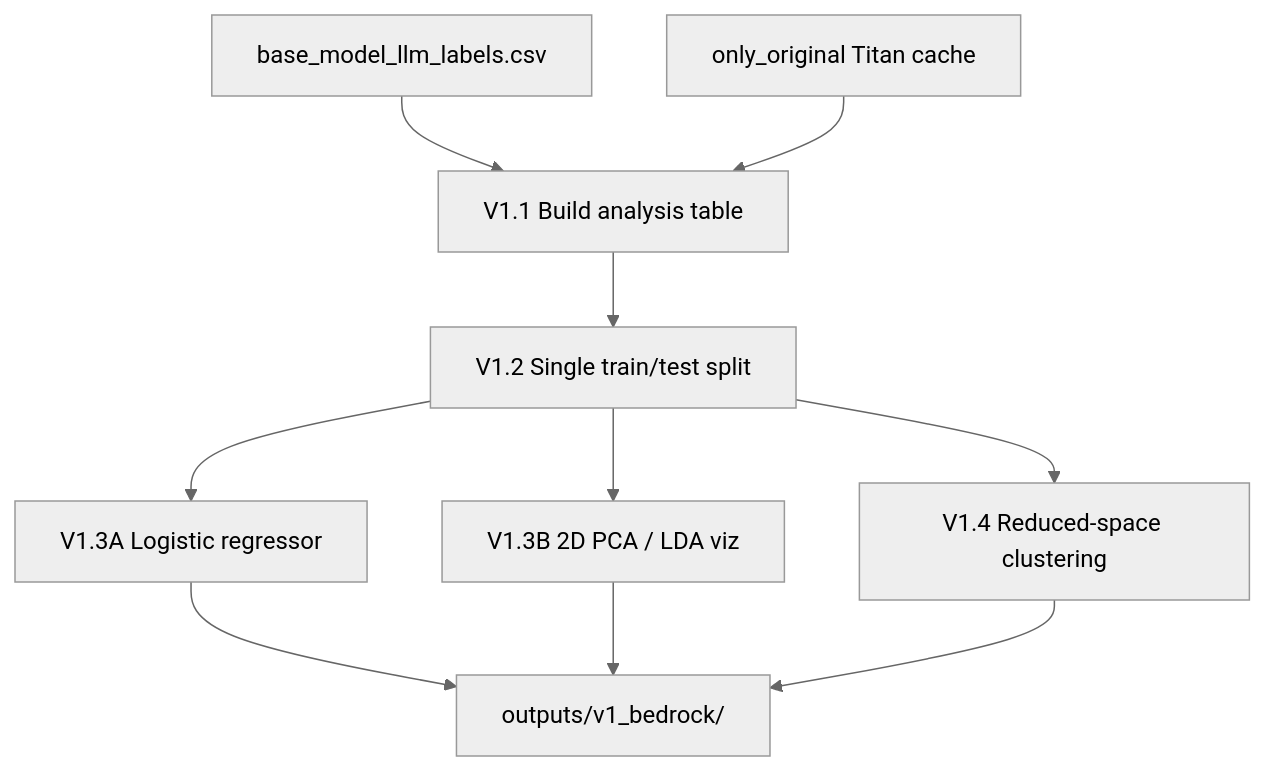
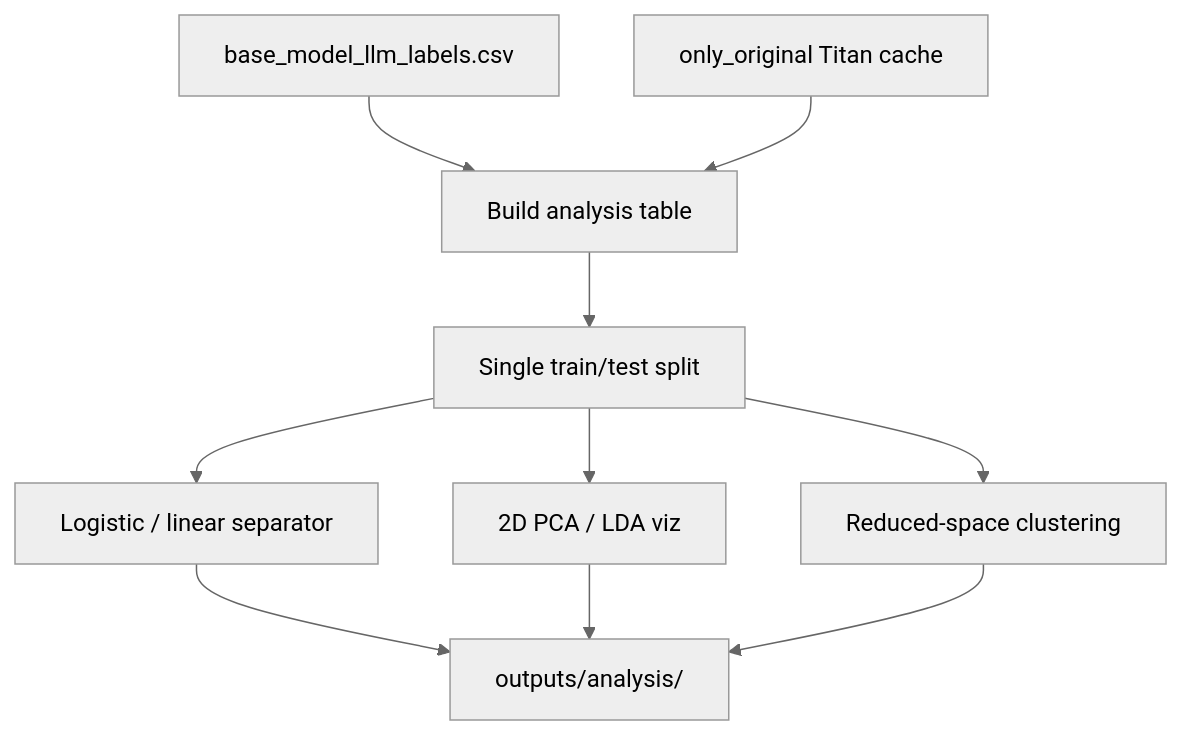
Before and after one commit to METResearchGroup/mirrorView-task: the diagram in experiments/model_errors_analysis_2026_07_15/spec.md, drawn with Mermaid (neutral theme). The commit also changed other lines of this file and 48 other files, not shown here.

First line of the commit message:
Document and rename model-errors analysis away from v0/v1 labels.

````diff
--- a/experiments/model_errors_analysis_2026_07_15/spec.md
+++ b/experiments/model_errors_analysis_2026_07_15/spec.md
@@ -269,12 +269,12 @@
 ```mermaid
 flowchart TD
-  L[base_model_llm_labels.csv] --> T[V1.1 Build analysis table]
+  L[base_model_llm_labels.csv] --> T[Build analysis table]
   E[only_original Titan cache] --> T
-  T --> S[V1.2 Single train/test split]
-  S --> A[V1.3A Logistic regressor]
-  S --> B[V1.3B 2D PCA / LDA viz]
-  S --> C[V1.4 Reduced-space clustering]
-  A --> O[outputs/v1_bedrock/]
+  T --> S[Single train/test split]
+  S --> A[Logistic / linear separator]
+  S --> B[2D PCA / LDA viz]
+  S --> C[Reduced-space clustering]
+  A --> O[outputs/analysis/]
   B --> O
   C --> O
 ```
````
